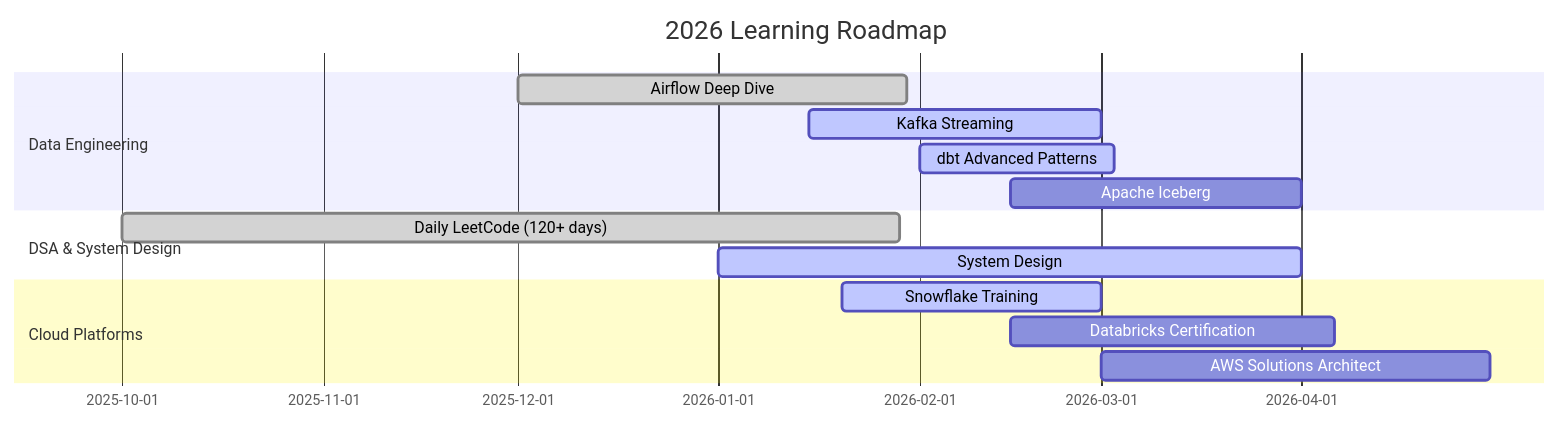
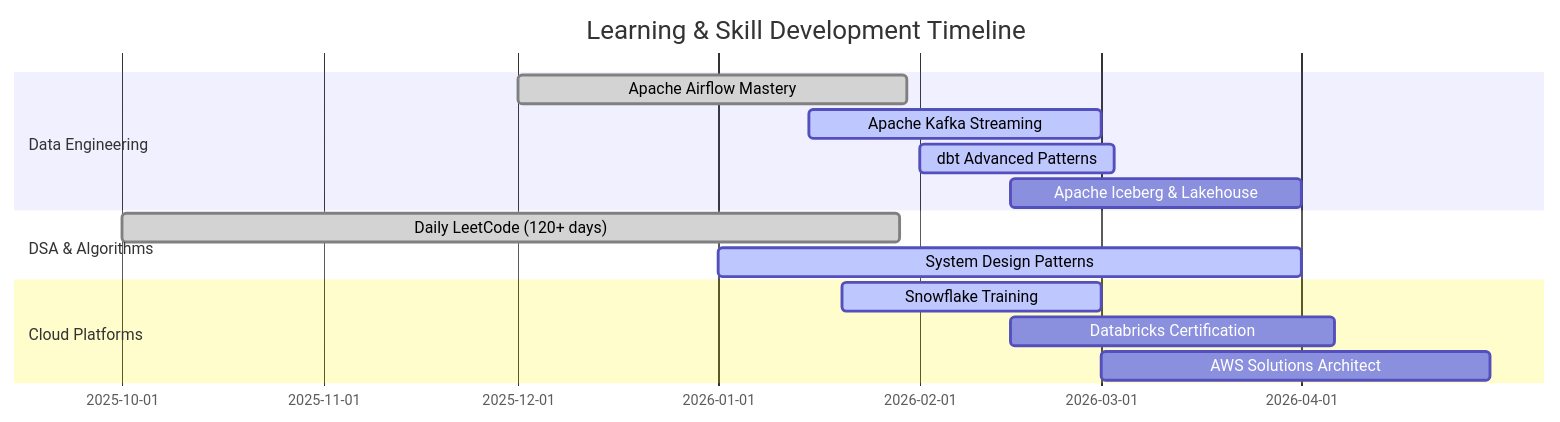
Before and after one commit to sumanthmalipeddi/sumanthmalipeddi: the first of 2 diagrams in README.md, drawn with Mermaid. The commit also changed other lines of this file, not shown here.

````diff
--- a/README.md
+++ b/README.md
@@ -636,17 +209,17 @@
 ```mermaid
 gantt
-    title 2026 Learning Roadmap
+    title Learning & Skill Development Timeline
     dateFormat  YYYY-MM-DD
     section Data Engineering
-    Airflow Deep Dive           :done, 2025-12-01, 60d
-    Kafka Streaming             :active, 2026-01-15, 45d
-    dbt Advanced Patterns       :active, 2026-02-01, 30d
-    Apache Iceberg              :2026-02-15, 45d
-    section DSA & System Design
-    Daily LeetCode (120+ days)  :done, 2025-10-01, 120d
-    System Design               :active, 2026-01-01, 90d
+    Apache Airflow Mastery      :done, 2025-12-01, 60d
+    Apache Kafka Streaming       :active, 2026-01-15, 45d
+    dbt Advanced Patterns        :active, 2026-02-01, 30d
+    Apache Iceberg & Lakehouse   :2026-02-15, 45d
+    section DSA & Algorithms
+    Daily LeetCode (120+ days)   :done, 2025-10-01, 120d
+    System Design Patterns       :active, 2026-01-01, 90d
     section Cloud Platforms
-    Snowflake Training          :active, 2026-01-20, 40d
-    Databricks Certification    :2026-02-15, 50d
-    AWS Solutions Architect     :2026-03-01, 60d
+    Snowflake Training           :active, 2026-01-20, 40d
+    Databricks Certification     :2026-02-15, 50d
+    AWS Solutions Architect      :2026-03-01, 60d
 ```
````
